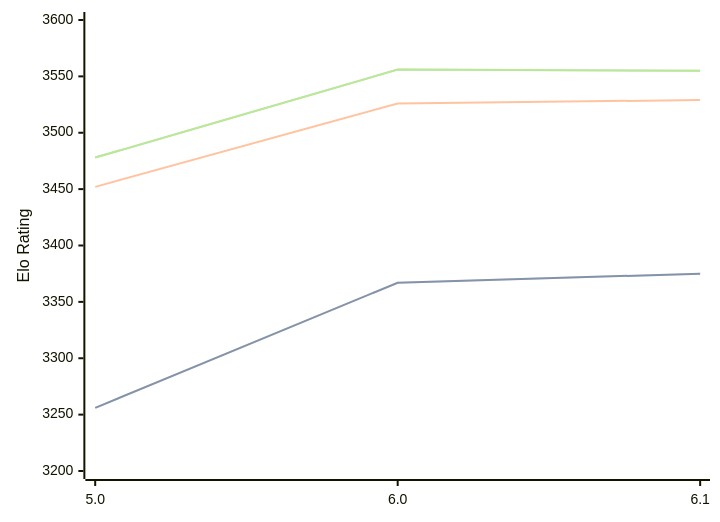
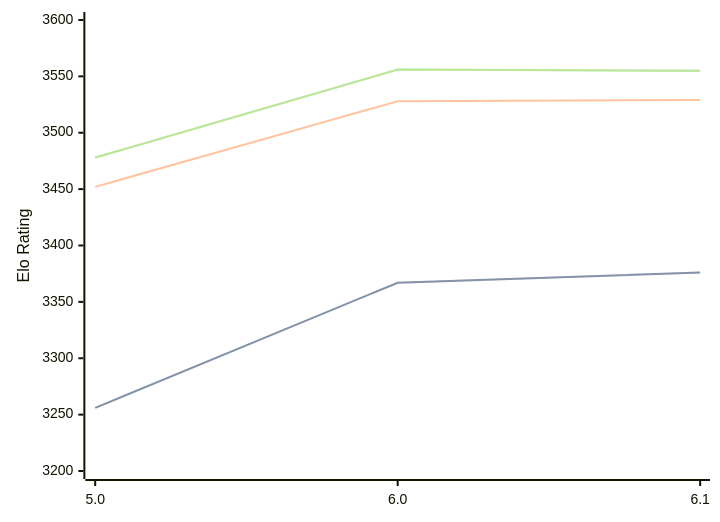
Before and after one commit to computer-chess-index/cci: the diagram in engines/Starzix.md, drawn with Mermaid. The commit also changed other lines of this file, not shown here.

Commit message:
Update CCI Ratings (ELO VLTC) - 2026-02-26

````diff
--- a/engines/Starzix.md
+++ b/engines/Starzix.md
@@ -35,11 +35,11 @@
 ```mermaid
 %%{init: {"theme":"base","themeVariables":{"seriesColors:['#a3a3a3','#222221','#faa371']}}}%%
 xychart-beta
   x-axis ["5.0", "6.0", "6.1"]
   y-axis "Elo Rating" 3200 --> 3600
-  line "STC (8.0+0.08s)" [3256, 3367, 3375]
-  line "STC (8.0+0.08s)" [3256, 3367, 3375]
-  line "LTC (60.0+0.60s)" [3452, 3526, 3529]
+  line "STC (8.0+0.08s)" [3256, 3367, 3376]
+  line "STC (8.0+0.08s)" [3256, 3367, 3376]
+  line "LTC (60.0+0.60s)" [3452, 3528, 3529]
   line "VLTC (2m24s+1.12s)" [3478, 3556, 3555]
   line "VLTC (2m24s+1.12s)" [3478, 3556, 3555]
 ```
````
